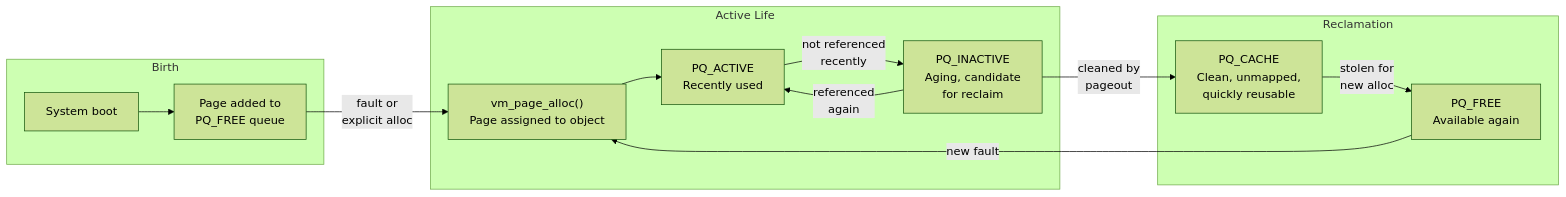
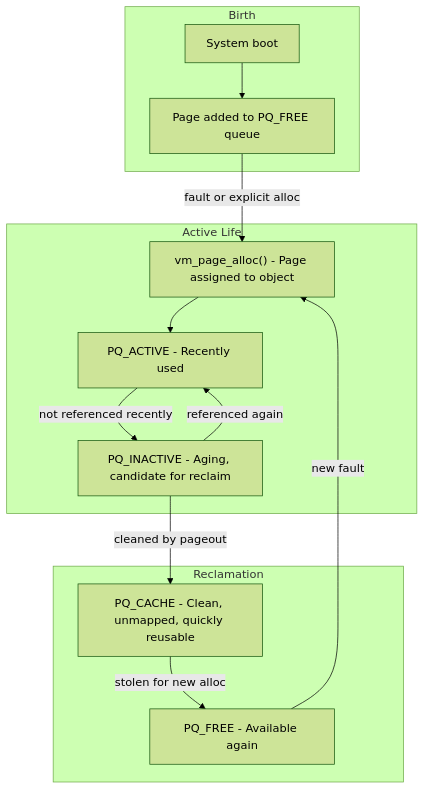
Before and after one commit to tuxillo/dragonflybsd-source-docs: the first of 2 diagrams in docs/sys/vm/vm_page.md, drawn with Mermaid (forest theme).

Commit message:
Fix vm_page.md Mermaid diagram to use vertical layout

````diff
--- a/docs/sys/vm/vm_page.md
+++ b/docs/sys/vm/vm_page.md
@@ -28,27 +28,27 @@
 ```mermaid
-flowchart LR
+flowchart TB
     subgraph BIRTH["Birth"]
         BOOT["System boot"]
-        FREE1["Page added to<br/>PQ_FREE queue"]
+        FREE1["Page added to PQ_FREE queue"]
     end
     
     subgraph LIFE["Active Life"]
-        ALLOC["vm_page_alloc()<br/>Page assigned to object"]
-        ACTIVE["PQ_ACTIVE<br/>Recently used"]
-        INACTIVE["PQ_INACTIVE<br/>Aging, candidate<br/>for reclaim"]
+        ALLOC["vm_page_alloc() - Page assigned to object"]
+        ACTIVE["PQ_ACTIVE - Recently used"]
+        INACTIVE["PQ_INACTIVE - Aging, candidate for reclaim"]
     end
     
     subgraph DEATH["Reclamation"]
-        CACHE["PQ_CACHE<br/>Clean, unmapped,<br/>quickly reusable"]
-        FREE2["PQ_FREE<br/>Available again"]
+        CACHE["PQ_CACHE - Clean, unmapped, quickly reusable"]
+        FREE2["PQ_FREE - Available again"]
     end
     
     BOOT --> FREE1
-    FREE1 -->|"fault or<br/>explicit alloc"| ALLOC
+    FREE1 -->|"fault or explicit alloc"| ALLOC
     ALLOC --> ACTIVE
-    ACTIVE -->|"not referenced<br/>recently"| INACTIVE
-    INACTIVE -->|"cleaned by<br/>pageout"| CACHE
-    INACTIVE -->|"referenced<br/>again"| ACTIVE
-    CACHE -->|"stolen for<br/>new alloc"| FREE2
+    ACTIVE -->|"not referenced recently"| INACTIVE
+    INACTIVE -->|"cleaned by pageout"| CACHE
+    INACTIVE -->|"referenced again"| ACTIVE
+    CACHE -->|"stolen for new alloc"| FREE2
     FREE2 -->|"new fault"| ALLOC
 ```
````
